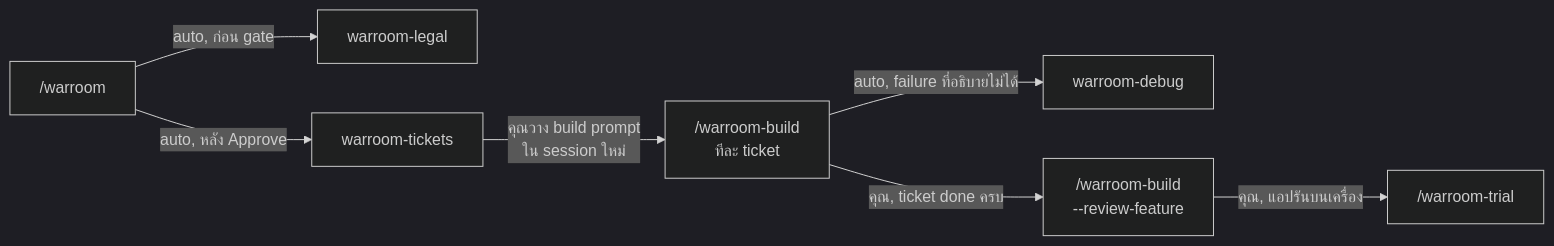
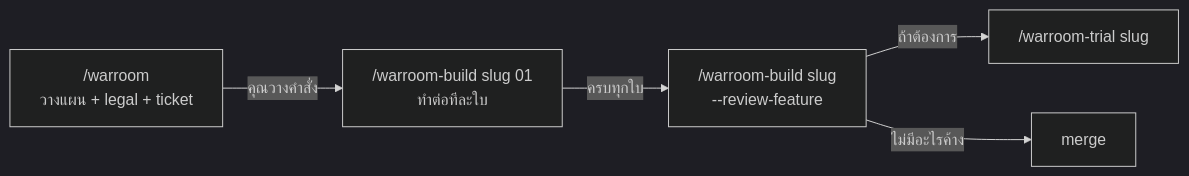
The first of 5 diagrams in docs/flow.th.md (mousemouse094526/kiki-kit), drawn with Mermaid (dark theme) before and after one commit. The commit also changed other lines of this file and 27 other files, not shown here.

First line of the commit message:
refactor(warroom)!: three skills, few big tickets, one progress file

````diff
--- a/docs/flow.th.md
+++ b/docs/flow.th.md
@@ -13,17 +11,13 @@
 ```mermaid
 flowchart LR
-    W["/warroom"]
-    L["warroom-legal"]
-    T["warroom-tickets"]
-    B["/warroom-build<br/>ทีละ ticket"]
-    D["warroom-debug"]
-    R["/warroom-build<br/>--review-feature"]
-    TR["/warroom-trial"]
+    W["/warroom<br/>วางแผน + legal + ticket"]
+    B["/warroom-build slug 01<br/>ทำต่อทีละใบ"]
+    R["/warroom-build slug<br/>--review-feature"]
+    TR["/warroom-trial slug"]
+    M["merge"]
 
-    W -->|auto, ก่อน gate| L
-    W -->|auto, หลัง Approve| T
-    T -->|คุณวาง build prompt<br/>ใน session ใหม่| B
-    B -->|auto, failure ที่อธิบายไม่ได้| D
-    B -->|คุณ, ticket done ครบ| R
-    R -->|คุณ, แอปรันบนเครื่อง| TR
+    W -->|คุณวางคำสั่ง| B
+    B -->|ครบทุกใบ| R
+    R -->|ถ้าต้องการ| TR
+    R -->|ไม่มีอะไรค้าง| M
 ```
````
